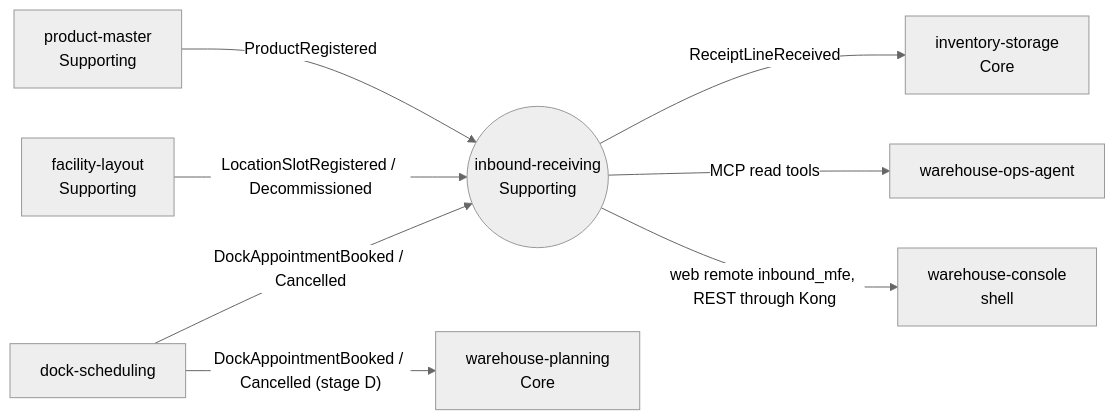
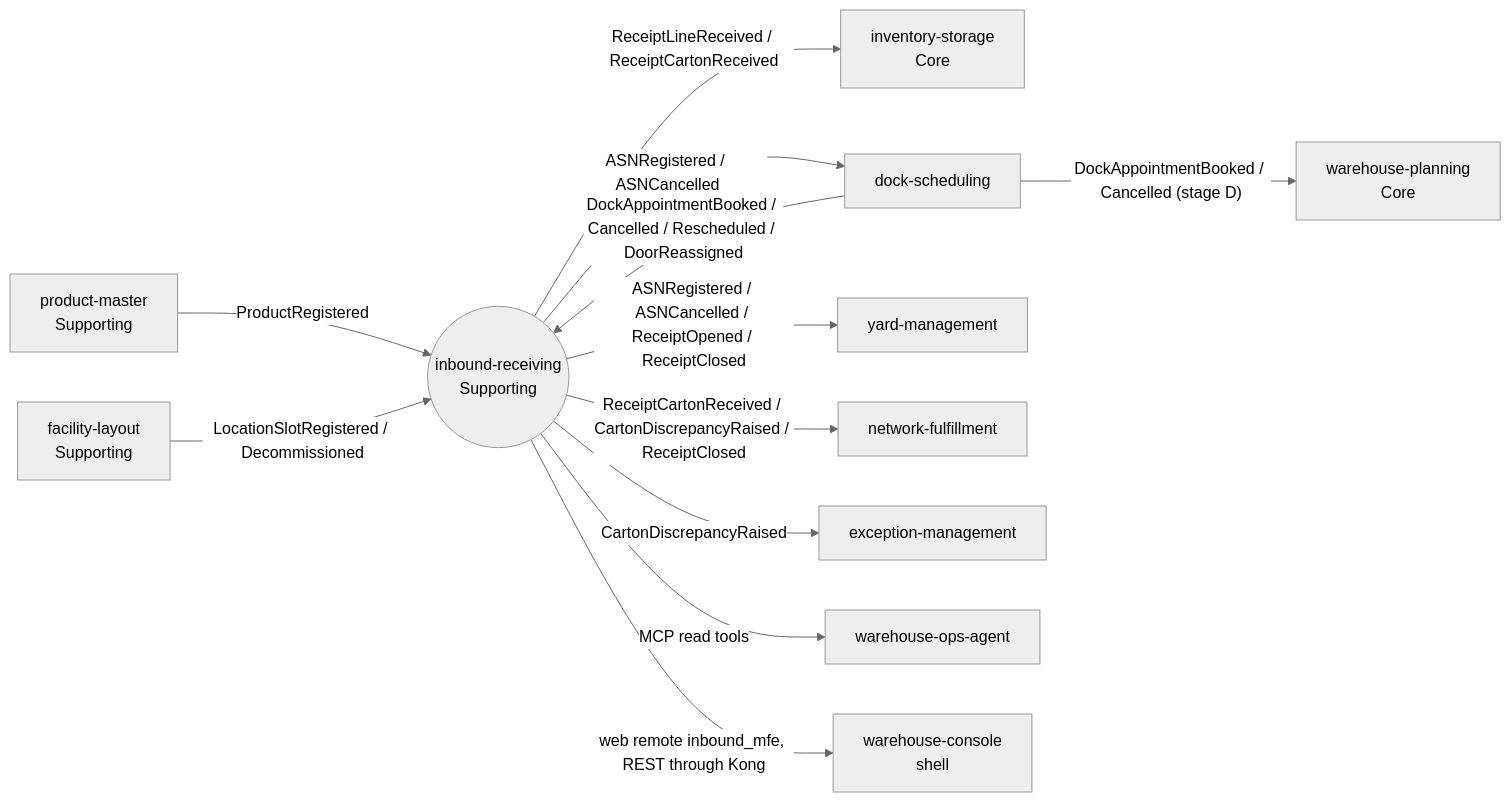
Before and after one commit to IQVO/inbound-receiving: the diagram in docs/docs/overview/context.md, drawn with Mermaid (neutral theme). The commit also changed other lines of this file and 18 other files, not shown here.

````diff
--- a/docs/docs/overview/context.md
+++ b/docs/docs/overview/context.md
@@ -29,19 +29,26 @@
 ```mermaid
 flowchart LR
   IR(("inbound-receiving<br/>Supporting"))
   PM["product-master<br/>Supporting"]
   FL["facility-layout<br/>Supporting"]
   INV["inventory-storage<br/>Core"]
   WP["warehouse-planning<br/>Core"]
   DS["dock-scheduling"]
+  YM["yard-management"]
+  NF["network-fulfillment"]
+  EXC["exception-management"]
   OPS["warehouse-ops-agent"]
   CON["warehouse-console<br/>shell"]
 
   PM -- "ProductRegistered" --> IR
   FL -- "LocationSlotRegistered / Decommissioned" --> IR
-  IR -- "ReceiptLineReceived" --> INV
-  DS -- "DockAppointmentBooked / Cancelled" --> IR
+  IR -- "ReceiptLineReceived / ReceiptCartonReceived" --> INV
+  IR -- "ASNRegistered / ASNCancelled" --> DS
+  IR -- "ASNRegistered / ASNCancelled / ReceiptOpened / ReceiptClosed" --> YM
+  IR -- "ReceiptCartonReceived / CartonDiscrepancyRaised / ReceiptClosed" --> NF
+  IR -- "CartonDiscrepancyRaised" --> EXC
+  DS -- "DockAppointmentBooked / Cancelled / Rescheduled / DoorReassigned" --> IR
   DS -- "DockAppointmentBooked / Cancelled (stage D)" --> WP
   IR -- "MCP read tools" --> OPS
   IR -- "web remote inbound_mfe, REST through Kong" --> CON
 ```
````
